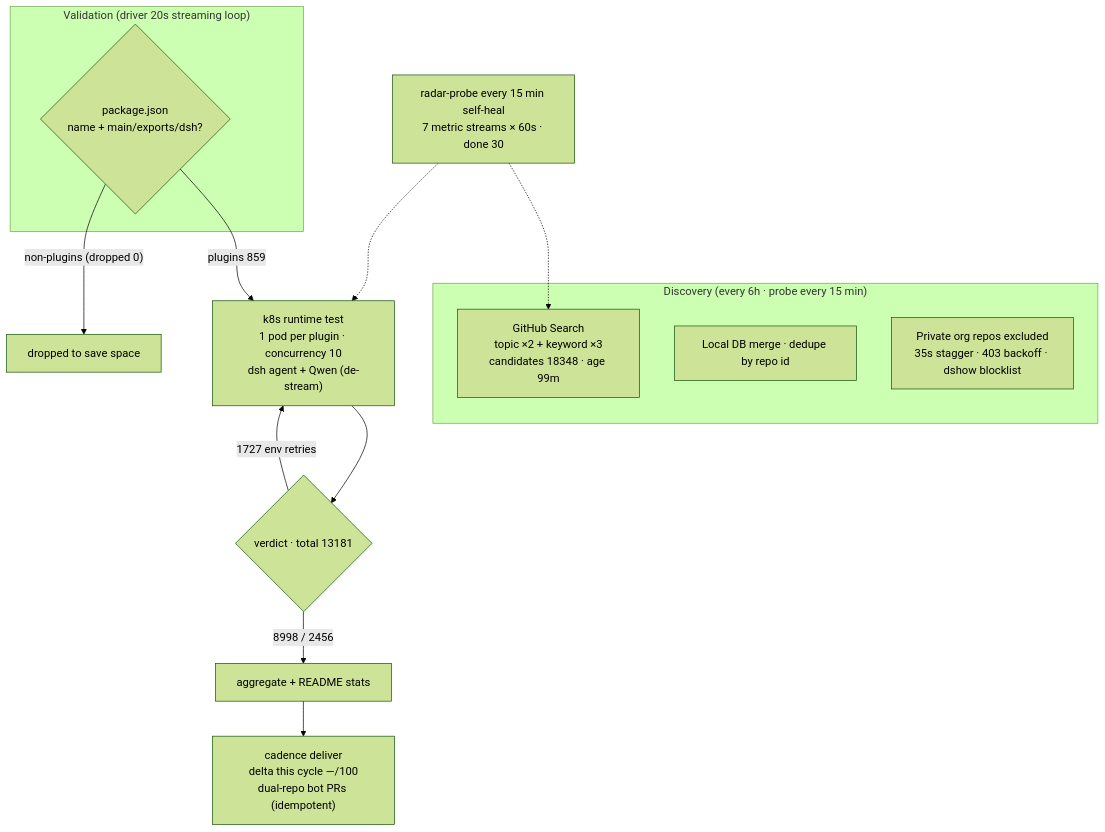
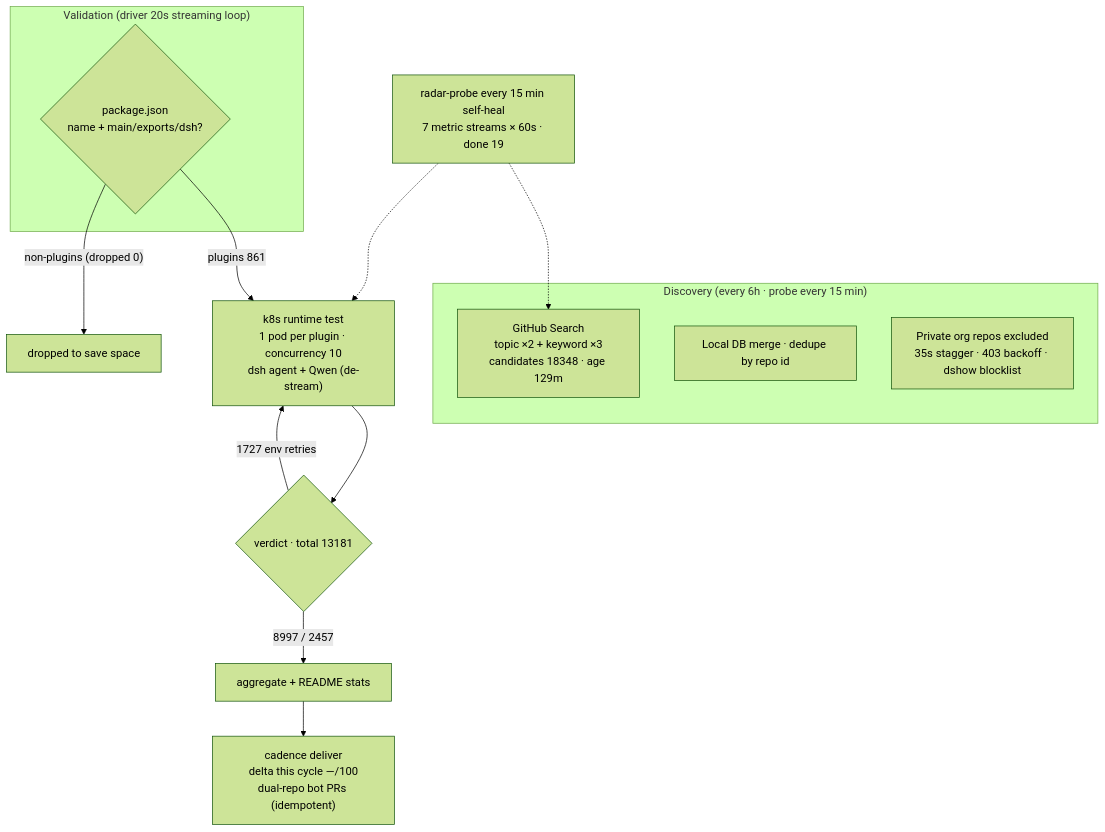
The diagram in README.en-US.md (AdamPlatin123/awesome-dsh-plugins), drawn with Mermaid (forest theme) before and after one commit. The commit also changed other lines of this file and 6 other files, not shown here.

````diff
--- a/README.en-US.md
+++ b/README.en-US.md
@@ -45,20 +45,20 @@
 ```mermaid
 flowchart TB
     subgraph Discovery["Discovery (every 6h · probe every 15 min)"]
-        A1["GitHub Search<br/>topic ×2 + keyword ×3<br/>candidates 18348 · age 99m"]
+        A1["GitHub Search<br/>topic ×2 + keyword ×3<br/>candidates 18348 · age 129m"]
         A2["Local DB merge · dedupe by repo id"]
         A3["Private org repos excluded<br/>35s stagger · 403 backoff · dshow blocklist"]
     end
     subgraph Validation["Validation (driver 20s streaming loop)"]
         B1{"package.json<br/>name + main/exports/dsh?"}
     end
-    B1 -->|"plugins 859"| C1["k8s runtime test<br/>1 pod per plugin · concurrency 10<br/>dsh agent + Qwen (de-stream)"]
+    B1 -->|"plugins 861"| C1["k8s runtime test<br/>1 pod per plugin · concurrency 10<br/>dsh agent + Qwen (de-stream)"]
     B1 -->|"non-plugins (dropped 0)"| B3["dropped to save space"]
     C1 --> D1{"verdict · total 13181"}
-    D1 -->|"8998 / 2456"| E1["aggregate + README stats"]
+    D1 -->|"8997 / 2457"| E1["aggregate + README stats"]
     D1 -->|"1727 env retries"| C1
     E1 --> E2["cadence deliver<br/>delta this cycle —/100<br/>dual-repo bot PRs (idempotent)"]
-    M["radar-probe every 15 min self-heal<br/>7 metric streams × 60s · done 30"]
+    M["radar-probe every 15 min self-heal<br/>7 metric streams × 60s · done 19"]
     M -.-> A1
     M -.-> C1
 ```
````
